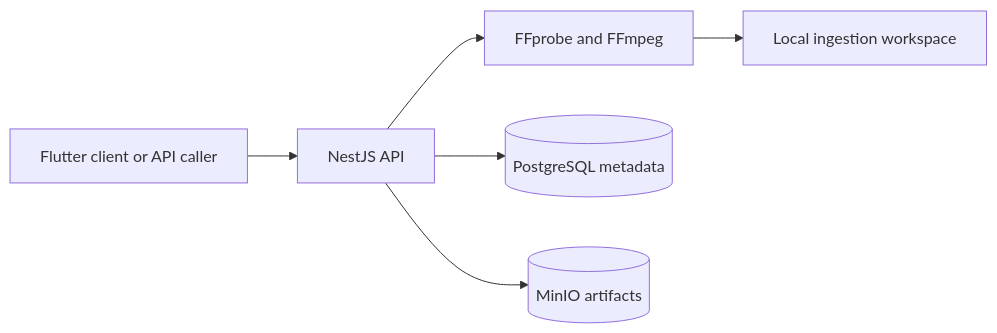
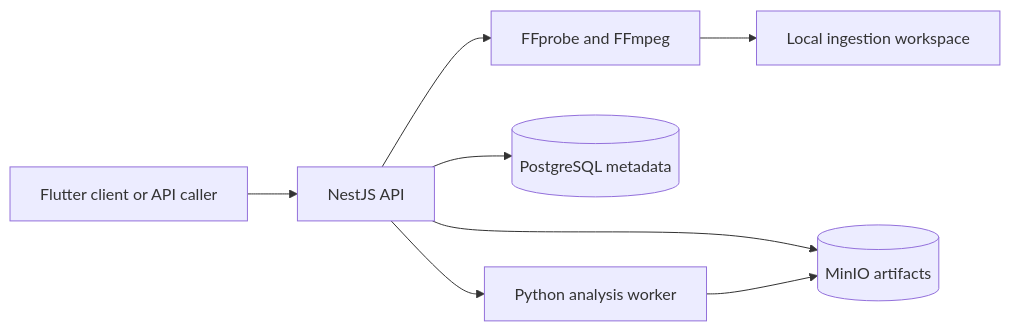
Before and after one commit to NguyenChanHung1/Aria: the diagram in README.md, drawn with Mermaid. The commit also changed other lines of this file and 31 other files, not shown here.

````diff
--- a/README.md
+++ b/README.md
@@ -19,8 +20,10 @@
 ```mermaid
 flowchart LR
     User[Flutter client or API caller] --> API[NestJS API]
     API --> FFmpeg[FFprobe and FFmpeg]
     API --> Postgres[(PostgreSQL metadata)]
     API --> MinIO[(MinIO artifacts)]
+    API --> Analysis[Python analysis worker]
+    Analysis --> MinIO
     FFmpeg --> Workspace[Local ingestion workspace]
 ```
````
